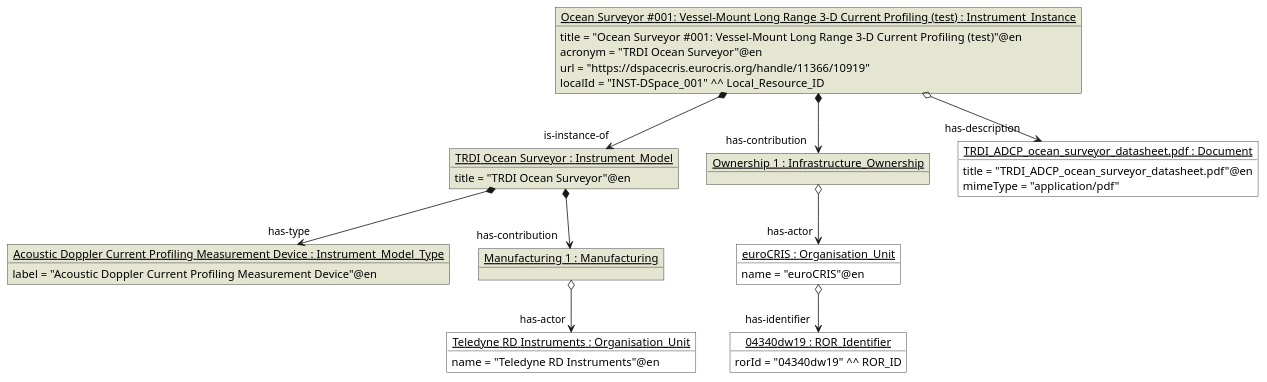
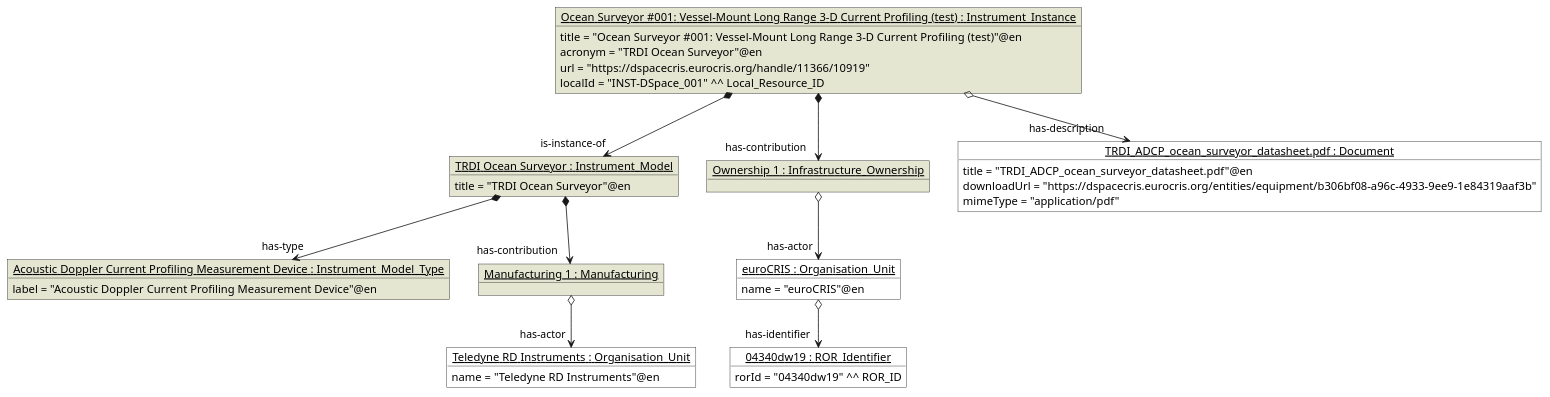
One commit to EuroCRIS/CERIF-InstrumentsModule changed the diagram in examples/01_Ocean_Surveyor/example01.puml. Above: the diagram before and after it, drawn with PlantUML. The commit also changed 2 other files, not shown here.

Commit message:
Add the downloadUrl to the example's datasheet

Prompt: I added a downloadUrl for the description leaflet that we've got as a description of the instrument. Can you copy that into the PlantUml diagram?

```diff
--- a/examples/01_Ocean_Surveyor/example01.puml
+++ b/examples/01_Ocean_Surveyor/example01.puml
@@ -1,55 +1,56 @@
 @startuml
 
     object "<u>Ocean Surveyor #001: Vessel-Mount Long Range 3-D Current Profiling (test) : Instrument_Instance</u>" as instance #E4E6D2 {
         title = "Ocean Surveyor #001: Vessel-Mount Long Range 3-D Current Profiling (test)"@en
         acronym = "TRDI Ocean Surveyor"@en
         url = "https://dspacecris.eurocris.org/handle/11366/10919"
         localId = "INST-DSpace_001" ^^ Local_Resource_ID
     }
 
     object "<u>TRDI Ocean Surveyor : Instrument_Model</u>" as model #E4E6D2 {
         title = "TRDI Ocean Surveyor"@en
     }
 
     object "<u>Acoustic Doppler Current Profiling Measurement Device : Instrument_Model_Type</u>" as modelType #E4E6D2 {
         label = "Acoustic Doppler Current Profiling Measurement Device"@en
     }
 
     object "<u>Ownership 1 : Infrastructure_Ownership</u>" as ownership #E4E6D2
 
     object "<u>Manufacturing 1 : Manufacturing</u>" as manufacturing #E4E6D2
 
     object "<u>euroCRIS : Organisation_Unit</u>" as eurocris #ffffff {
         name = "euroCRIS"@en
     }
 
     object "<u>04340dw19 : ROR_Identifier</u>" as eurocris_ror #ffffff {
         rorId = "04340dw19" ^^ ROR_ID
     }
 
     object "<u>Teledyne RD Instruments : Organisation_Unit</u>" as teledyne #ffffff {
         name = "Teledyne RD Instruments"@en
     }
 
     object "<u>TRDI_ADCP_ocean_surveyor_datasheet.pdf : Document</u>" as datasheet #ffffff {
         title = "TRDI_ADCP_ocean_surveyor_datasheet.pdf"@en
+        downloadUrl = "https://dspacecris.eurocris.org/entities/equipment/b306bf08-a96c-4933-9ee9-1e84319aaf3b"
         mimeType = "application/pdf"
     }
 
     instance *--> "is-instance-of" model
 
     model *--> "has-type" modelType
 
     instance *--> "has-contribution" ownership
 
     ownership o--> "has-actor" eurocris
 
     eurocris o--> "has-identifier" eurocris_ror
 
     model *--> "has-contribution" manufacturing
 
     manufacturing o--> "has-actor" teledyne
 
     instance o--> "has-description" datasheet
 
 @enduml
```
